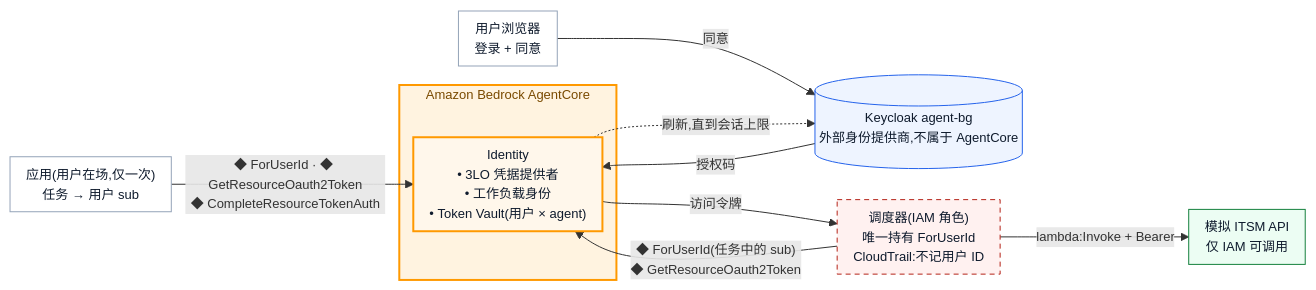
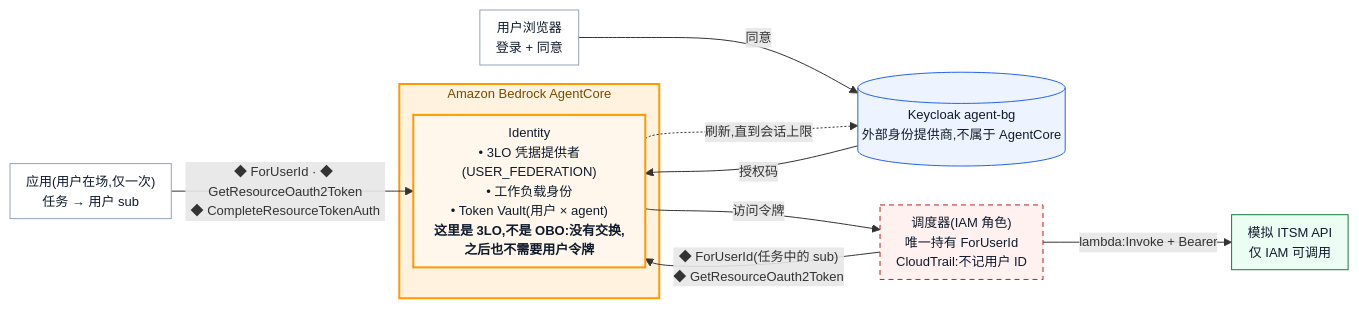
The diagram in docs/diagrams/poc2-zh.mmd (zanbei/agentcore-delegated-auth-poc), drawn with Mermaid before and after one commit. The commit also changed 5 other files, not shown here.

Commit message:
Highlight the OBO path in the architecture; explain where OBO is and is not used

```diff
--- a/docs/diagrams/poc2-zh.mmd
+++ b/docs/diagrams/poc2-zh.mmd
@@ -1,23 +1,24 @@
 %%{init: {"flowchart": {"nodeSpacing": 18, "rankSpacing": 28, "padding": 8}, "themeVariables": {"fontSize": "13px"}}}%%
 flowchart LR
     APP["应用(用户在场,仅一次)<br/>任务 → 用户 sub"] -->|"◆ ForUserId · ◆ GetResourceOauth2Token<br/>◆ CompleteResourceTokenAuth"| ID
     subgraph AC["Amazon Bedrock AgentCore"]
-        ID["Identity<br/>• 3LO 凭据提供者<br/>• 工作负载身份<br/>• Token Vault(用户 × agent)"]
+        ID["Identity<br/>• 3LO 凭据提供者(USER_FEDERATION)<br/>• 工作负载身份<br/>• Token Vault(用户 × agent)<br/><b>这里是 3LO,不是 OBO:没有交换,之后也不需要用户令牌</b>"]
     end
     B["用户浏览器<br/>登录 + 同意"] -->|"同意"| K[("Keycloak agent-bg<br/>外部身份提供商,不属于 AgentCore")]
     K -->|"授权码"| ID
     ID -.->|"刷新,直到会话上限"| K
     S["调度器(IAM 角色)<br/>唯一持有 ForUserId<br/>CloudTrail:不记用户 ID"] -->|"◆ ForUserId(任务中的 sub)<br/>◆ GetResourceOauth2Token"| ID
     ID -->|"访问令牌"| S
     S -->|"lambda:Invoke + Bearer"| D["模拟 ITSM API<br/>仅 IAM 可调用"]
     classDef agentcore fill:#fff7eb,stroke:#ff9900,stroke-width:2px,color:#0f1b2d
+    classDef obo fill:#ffe0b2,stroke:#e65100,stroke-width:4px,color:#0f1b2d
     classDef idp fill:#eef4ff,stroke:#2563eb,color:#0f1b2d
     classDef app fill:#ffffff,stroke:#94a3b8,color:#0f1b2d
     classDef down fill:#ecfdf3,stroke:#15803d,color:#0f1b2d
     classDef risk fill:#fff1f0,stroke:#b42318,stroke-dasharray:5 4,color:#0f1b2d
     style AC fill:#fff3e0,stroke:#ff9900,stroke-width:2px,color:#7a4a00
     class ID agentcore
     class K idp
     class APP,B app
     class D down
     class S risk
```
